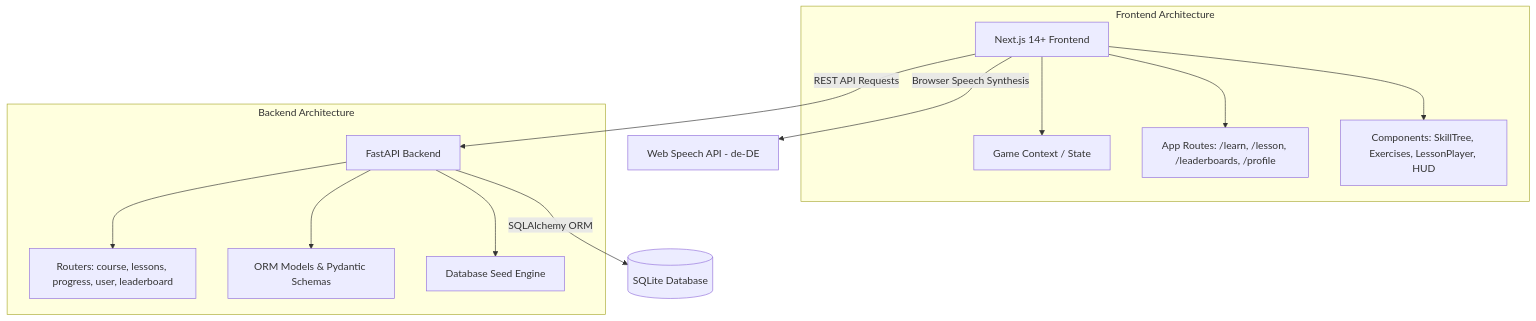
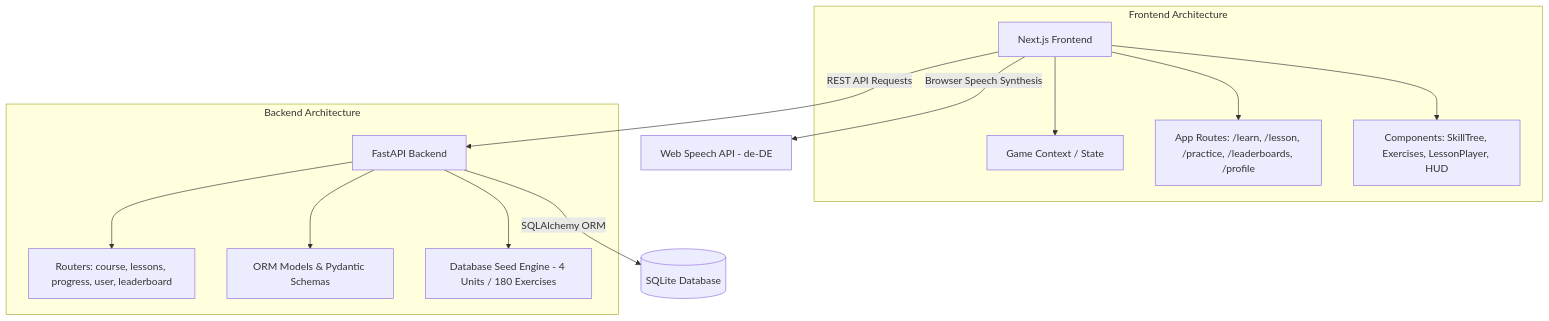
Before and after one commit to Saksham0121/Duolingo_clone: the first of 2 diagrams in README.md, drawn with Mermaid. The commit also changed other lines of this file and 13 other files, not shown here.

````diff
--- a/README.md
+++ b/README.md
@@ -47,18 +74,18 @@
 ```mermaid
 graph TD
-    Client[Next.js 14+ Frontend] -->|REST API Requests| API[FastAPI Backend]
+    Client[Next.js Frontend] -->|REST API Requests| API[FastAPI Backend]
     Client -->|Browser Speech Synthesis| WebSpeech[Web Speech API - de-DE]
     API -->|SQLAlchemy ORM| DB[(SQLite Database)]
     
     subgraph Frontend Architecture
         Client --> GameCtx[Game Context / State]
-        Client --> Pages[App Routes: /learn, /lesson, /leaderboards, /profile]
+        Client --> Pages[App Routes: /learn, /lesson, /practice, /leaderboards, /profile]
         Client --> Components[Components: SkillTree, Exercises, LessonPlayer, HUD]
     end
 
     subgraph Backend Architecture
         API --> Routers[Routers: course, lessons, progress, user, leaderboard]
         API --> Models[ORM Models & Pydantic Schemas]
-        API --> Seed[Database Seed Engine]
+        API --> Seed[Database Seed Engine - 4 Units / 180 Exercises]
     end
 ```
````
